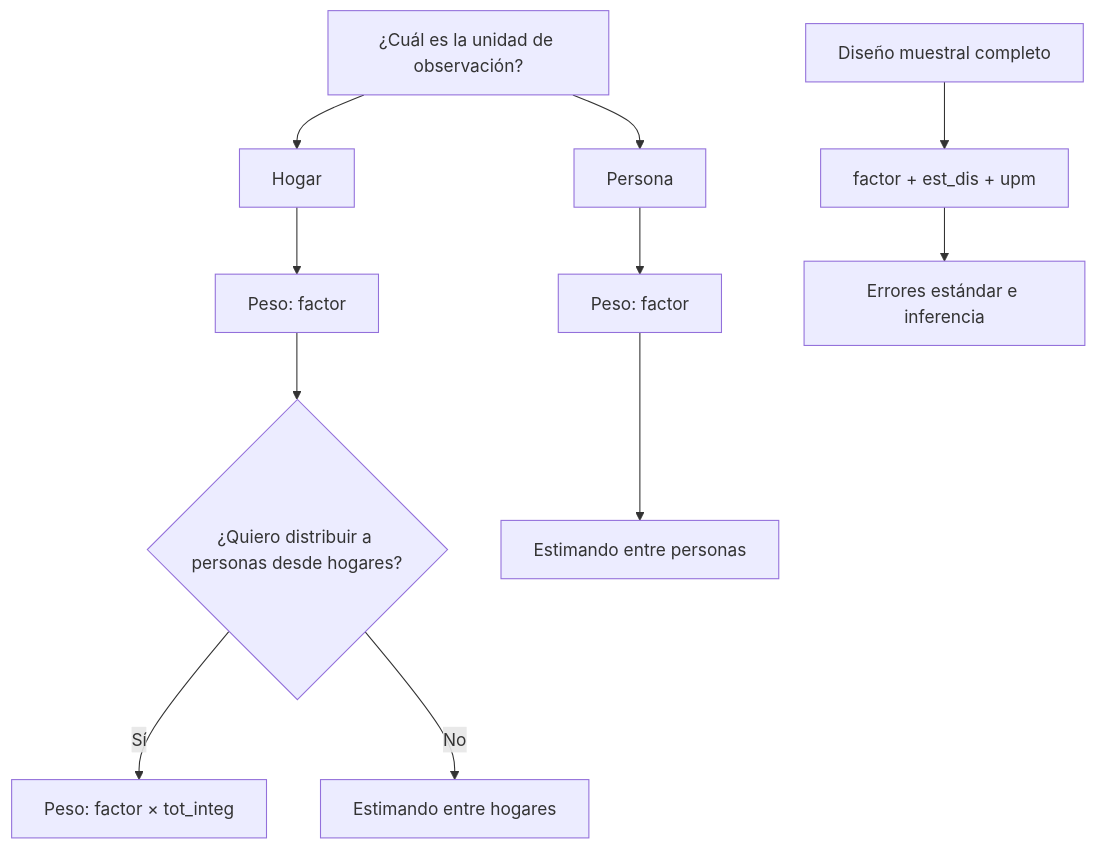
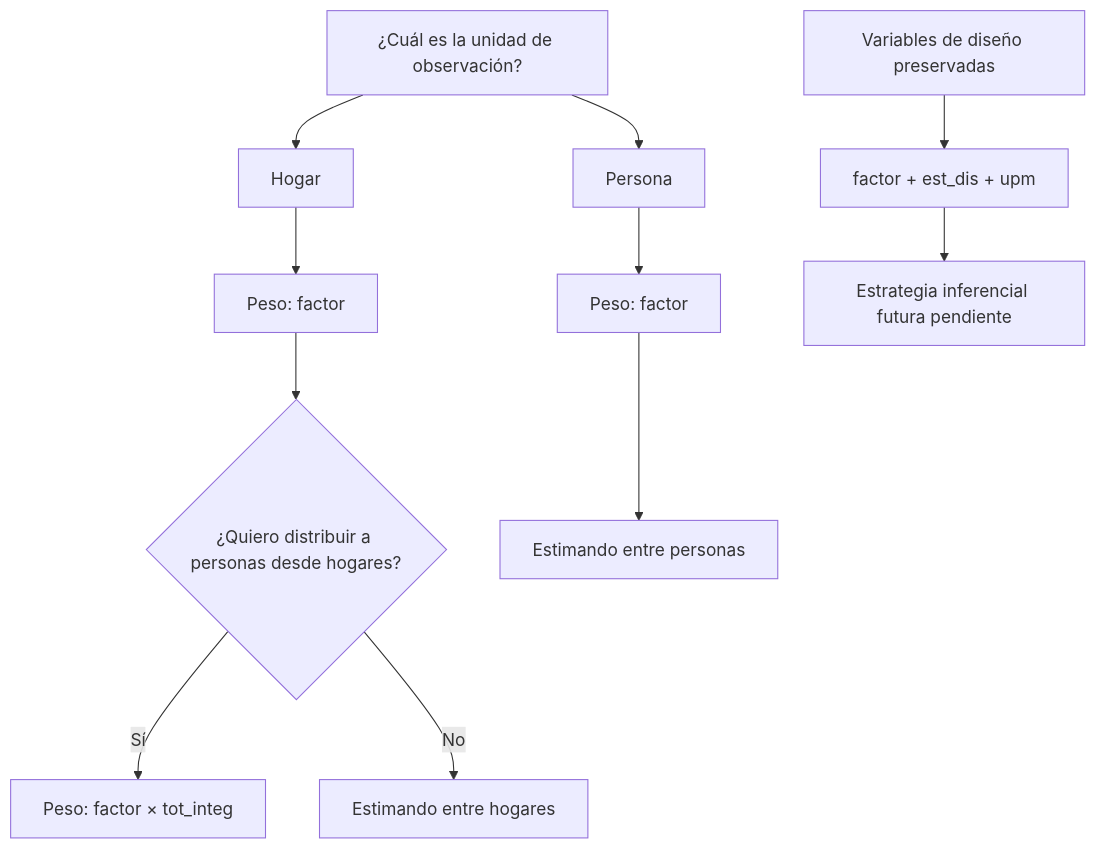
One commit to FernandoRossell/inegi-income-modeling changed the third of 5 diagrams in reports/documentacion_final_en_desarrollo.md. Above: the diagram before and after it, drawn with Mermaid. The commit also changed other lines of this file and 9 other files, not shown here.

````diff
--- a/reports/documentacion_final_en_desarrollo.md
+++ b/reports/documentacion_final_en_desarrollo.md
@@ -699,13 +488,13 @@
 ```mermaid
 flowchart TD
     A["¿Cuál es la unidad de observación?"] --> H["Hogar"]
     A --> P["Persona"]
     H --> H1["Peso: factor"]
     P --> P1["Peso: factor"]
     H1 --> H2{"¿Quiero distribuir a personas desde hogares?"}
     H2 -->|Sí| H3["Peso: factor × tot_integ"]
     H2 -->|No| H4["Estimando entre hogares"]
     P1 --> P2["Estimando entre personas"]
-    D["Diseño muestral completo"] --> D1["factor + est_dis + upm"]
-    D1 --> D2["Errores estándar e inferencia"]
+    D["Variables de diseño preservadas"] --> D1["factor + est_dis + upm"]
+    D1 --> D2["Estrategia inferencial futura pendiente"]
 ```
````
